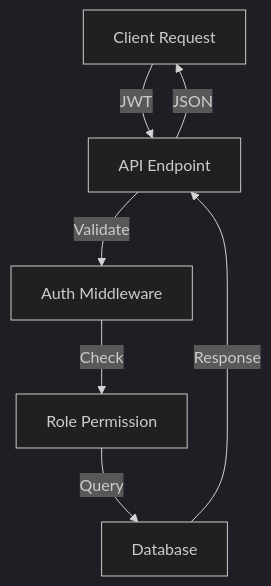
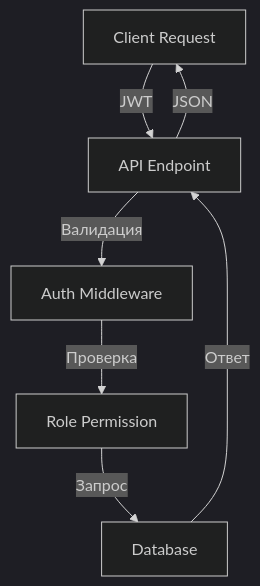
One commit to misha1350/mospolytech-web-app changed the fifth of 5 diagrams in docs/ARCHITECTURE.md. Above: the diagram before and after it, drawn with Mermaid (dark theme). The commit also changed other lines of this file and 6 other files, not shown here.

````diff
--- a/docs/ARCHITECTURE.md
+++ b/docs/ARCHITECTURE.md
@@ -102,9 +102,9 @@
 ```mermaid
 flowchart TD
     Client[Client Request] -->|JWT| API[API Endpoint]
-    API -->|Validate| Auth[Auth Middleware]
-    Auth -->|Check| Role[Role Permission]
-    Role -->|Query| DB[Database]
-    DB -->|Response| API
+    API -->|Валидация| Auth[Auth Middleware]
+    Auth -->|Проверка| Role[Role Permission]
+    Role -->|Запрос| DB[Database]
+    DB -->|Ответ| API
     API -->|JSON| Client
 ```
````
